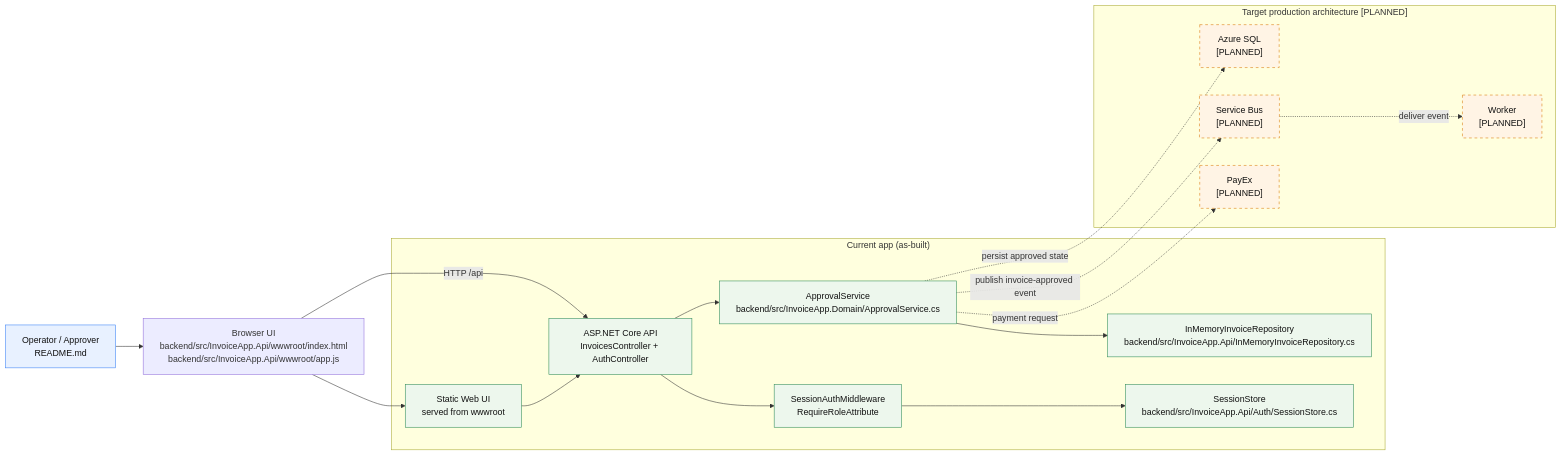
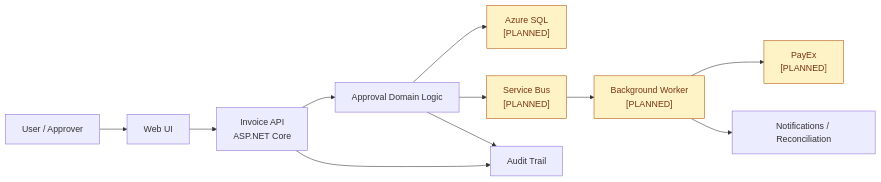
One commit to Jasmeet02/AI_In_SDLC changed the diagram in docs/target-architecture.md. Above: the diagram before and after it, drawn with Mermaid. The commit also changed other lines of this file and 19 other files, not shown here.

````diff
--- a/docs/target-architecture.md
+++ b/docs/target-architecture.md
@@ -3,43 +3,16 @@
 ```mermaid
 flowchart LR
-    User["Operator / Approver\nREADME.md"]
-    Browser["Browser UI\nbackend/src/InvoiceApp.Api/wwwroot/index.html\nbackend/src/InvoiceApp.Api/wwwroot/app.js"]
+    User[User / Approver] --> Browser[Web UI]
+    Browser --> API[Invoice API<br/>ASP.NET Core]
+    API --> Domain[Approval Domain Logic]
+    Domain --> SQL["Azure SQL<br/>[PLANNED]"]
+    Domain --> Topic["Service Bus<br/>[PLANNED]"]
+    Topic --> Worker["Background Worker<br/>[PLANNED]"]
+    Worker --> PayEx["PayEx<br/>[PLANNED]"]
+    Worker --> Notify[Notifications / Reconciliation]
+    API --> Audit[Audit Trail]
+    Domain --> Audit
 
-    subgraph CurrentApp["Current app (as-built)"]
-        Web["Static Web UI\nserved from wwwroot"]
-        API["ASP.NET Core API\nInvoicesController + AuthController"]
-        Auth["SessionAuthMiddleware\nRequireRoleAttribute"]
-        Service["ApprovalService\nbackend/src/InvoiceApp.Domain/ApprovalService.cs"]
-        Repo["InMemoryInvoiceRepository\nbackend/src/InvoiceApp.Api/InMemoryInvoiceRepository.cs"]
-        Session["SessionStore\nbackend/src/InvoiceApp.Api/Auth/SessionStore.cs"]
-    end
-
-    subgraph Planned["Target production architecture [PLANNED]"]
-        SQL["Azure SQL\n[PLANNED]"]
-        Bus["Service Bus\n[PLANNED]"]
-        Worker["Worker\n[PLANNED]"]
-        PayEx["PayEx\n[PLANNED]"]
-    end
-
-    User --> Browser
-    Browser -->|HTTP /api| API
-    Browser --> Web
-    Web --> API
-    API --> Auth
-    API --> Service
-    Auth --> Session
-    Service --> Repo
-
-    Service -.->|persist approved state| SQL
-    Service -.->|publish invoice-approved event| Bus
-    Bus -.->|deliver event| Worker
-    Service -.->|payment request| PayEx
-
-    classDef current fill:#edf7ed,stroke:#2e8b57,color:#111;
-    classDef planned fill:#fff4e5,stroke:#d97706,color:#111,stroke-dasharray: 5 5;
-    classDef user fill:#e8f1ff,stroke:#3b82f6,color:#111;
-
-    class User user;
-    class Web,API,Auth,Service,Repo,Session current;
-    class SQL,Bus,Worker,PayEx planned;
+    classDef planned fill:#fef3c7,stroke:#b45309,stroke-width:1px,color:#78350f;
+    class SQL,Topic,Worker,PayEx planned;
 ```
````
